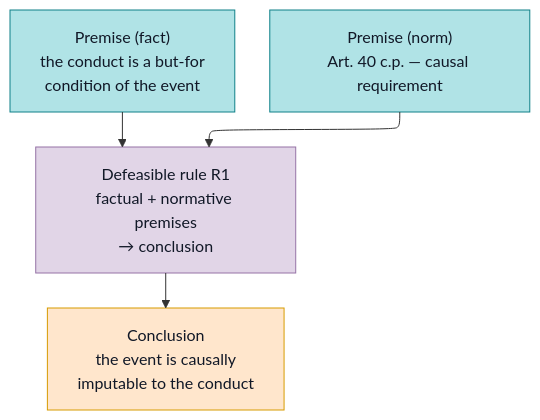
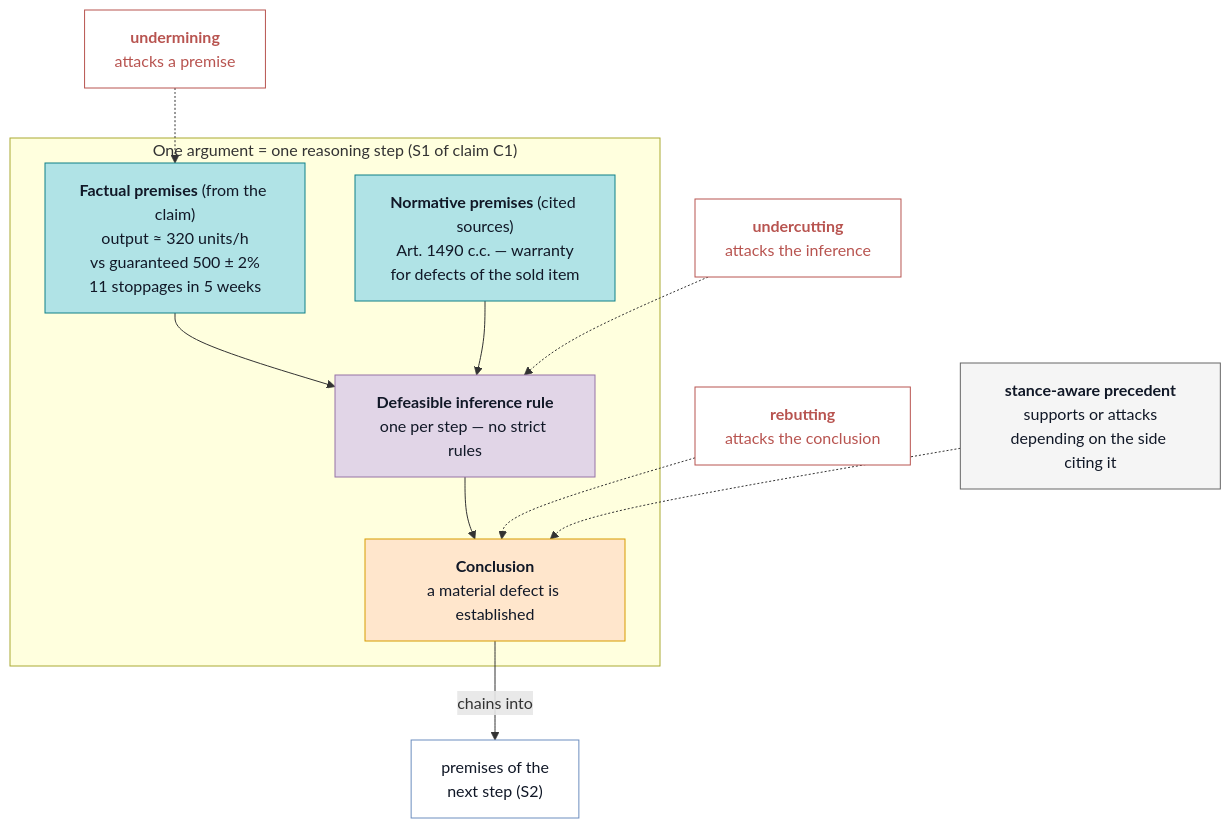
The diagram in assets/ch4_aspic_argument.mmd (Leonard2310/LexCausa), drawn with Mermaid before and after one commit. The commit also changed 19 other files, not shown here.

```diff
--- a/assets/ch4_aspic_argument.mmd
+++ b/assets/ch4_aspic_argument.mmd
@@ -1,15 +1,45 @@
-%%{init: {"flowchart": {"defaultRenderer": "elk"}}}%%
 flowchart TB
-  P1["Premise (fact)\nthe conduct is a but-for\ncondition of the event"]
-  P2["Premise (norm)\nArt. 40 c.p. — causal requirement"]
-  R["Defeasible rule R1\nfactual + normative premises\n→ conclusion"]
-  CC["Conclusion\nthe event is causally\nimputable to the conduct"]
-  P1 --> R
-  P2 --> R
-  R --> CC
+  subgraph ARG["One argument = one reasoning step (S1 of claim C1)"]
+    FP["`**Factual premises** (from the claim)
+output ≈ 320 units/h
+vs guaranteed 500 ± 2%
+11 stoppages in 5 weeks`"]
+    NP["`**Normative premises** (cited sources)
+Art. 1490 c.c. — warranty
+for defects of the sold item`"]
+    R["`**Defeasible inference rule**
+one per step — no strict rules`"]
+    C["`**Conclusion**
+a material defect is established`"]
+    FP --> R
+    NP --> R
+    R --> C
+  end
+  UM["`**undermining**
+attacks a premise`"]
+  UC["`**undercutting**
+attacks the inference`"]
+  RB["`**rebutting**
+attacks the conclusion`"]
+  PR["`**stance-aware precedent**
+supports or attacks
+depending on the side citing it`"]
+  NEXT["`premises of the
+next step (S2)`"]
+  UM -.-> FP
+  UC -.-> R
+  RB -.-> C
+  PR -.-> C
+  C -->|chains into| NEXT
   classDef p fill:#B0E3E6,stroke:#0E8088,color:#111827;
   classDef r fill:#E1D5E7,stroke:#9673A6,color:#111827;
   classDef c fill:#FFE6CC,stroke:#D79B00,color:#111827;
-  class P1,P2 p;
+  classDef atk fill:#FFFFFF,stroke:#B85450,color:#B85450;
+  classDef prec fill:#F5F5F5,stroke:#666666,color:#111827;
+  classDef nxt fill:#FFFFFF,stroke:#6C8EBF,color:#111827;
+  class FP,NP p;
   class R r;
-  class CC c;
+  class C c;
+  class UM,UC,RB atk;
+  class PR prec;
+  class NEXT nxt;
```
